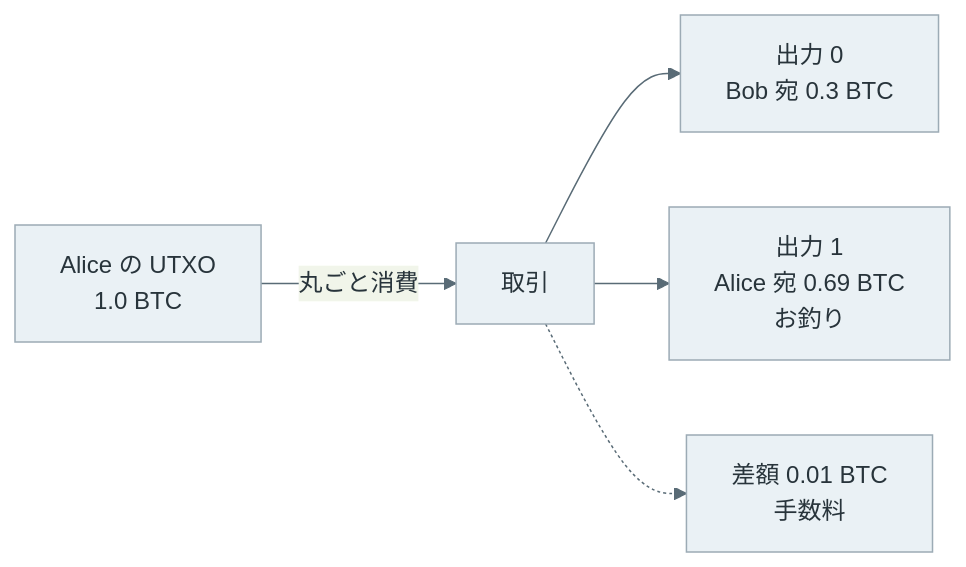
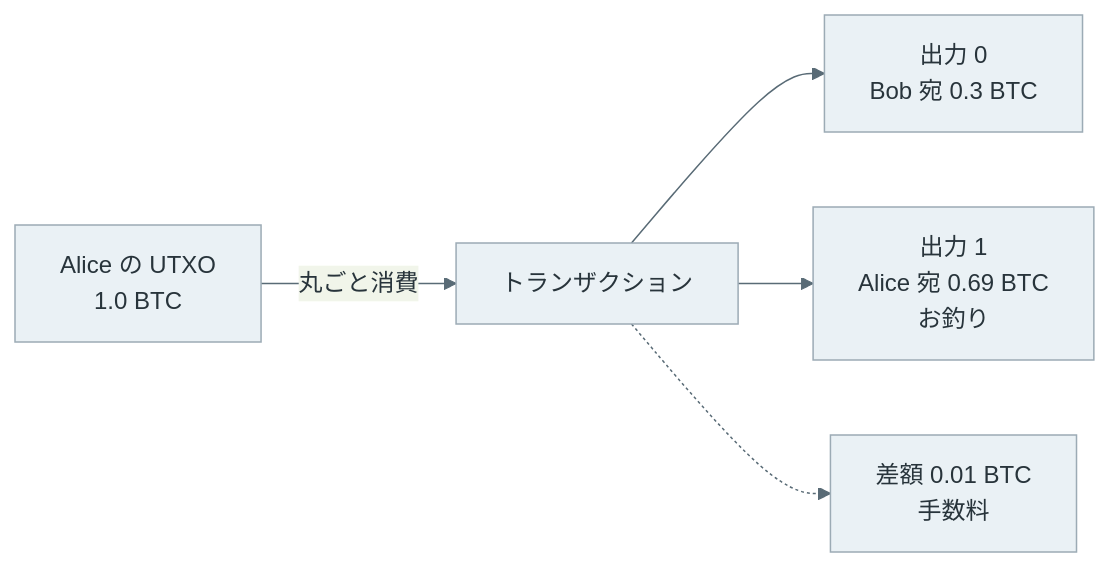
One commit to nao1215/debimate changed the third of 4 diagrams in content/notes/blockchain-systems/utxo/index.md. Above: the diagram before and after it, drawn with Mermaid. The commit also changed other lines of this file and 12 other files, not shown here.

````diff
--- a/content/notes/blockchain-systems/utxo/index.md
+++ b/content/notes/blockchain-systems/utxo/index.md
@@ -156,9 +156,9 @@
 ```mermaid
 %%{init: {"theme":"base","themeVariables":{"primaryColor":"#eaf1f5","primaryTextColor":"#28343b","primaryBorderColor":"#9cabb5","lineColor":"#596b76","textColor":"#28343b","actorBkg":"#eaf1f5","actorBorder":"#9cabb5","actorTextColor":"#28343b","actorLineColor":"#9cabb5","signalColor":"#596b76","signalTextColor":"#28343b","noteBkgColor":"#f7f1e5","noteBorderColor":"#c5b99b","noteTextColor":"#403c32","activationBkgColor":"#edf3ef","activationBorderColor":"#9aafa1"}}}%%
 flowchart LR
-    U["Alice の UTXO<br/>1.0 BTC"] -->|"丸ごと消費"| TX["取引"]
+    U["Alice の UTXO<br/>1.0 BTC"] -->|"丸ごと消費"| TX["トランザクション"]
     TX --> B["出力 0<br/>Bob 宛 0.3 BTC"]
     TX --> C["出力 1<br/>Alice 宛 0.69 BTC<br/>お釣り"]
     TX -.-> F["差額 0.01 BTC<br/>手数料"]
     classDef default fill:#eaf1f5,stroke:#9cabb5,color:#28343b;
 ```
````
